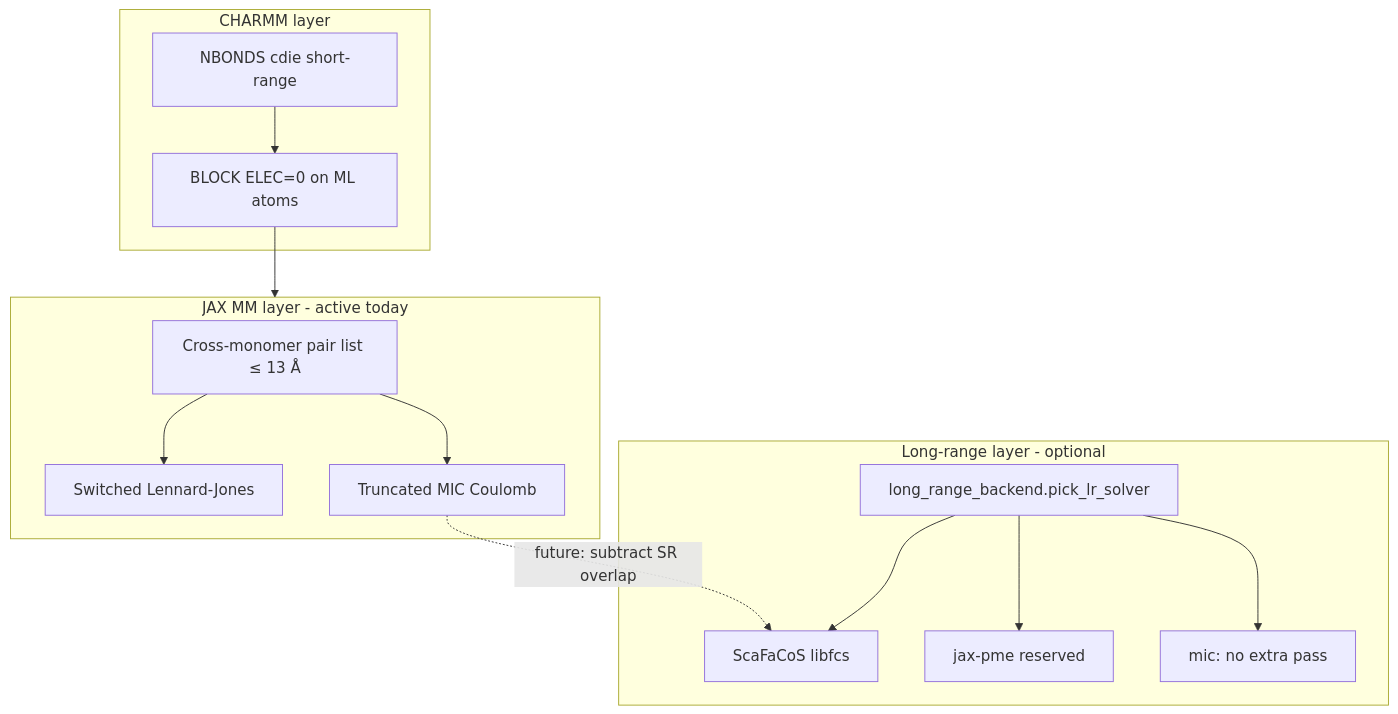
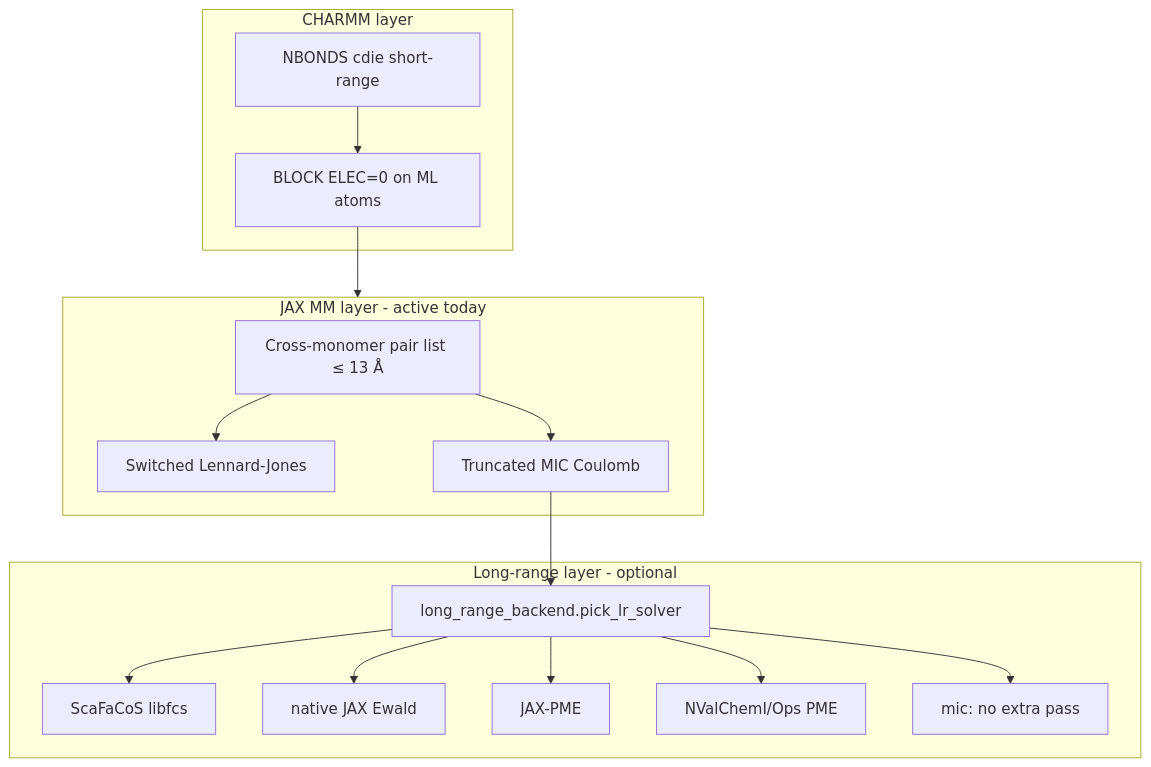
Before and after one commit to EricBoittier/mmml: the diagram in docs/mlpot-long-range-electrostatics.md, drawn with Mermaid. The commit also changed other lines of this file and 4 other files, not shown here.

````diff
--- a/docs/mlpot-long-range-electrostatics.md
+++ b/docs/mlpot-long-range-electrostatics.md
@@ -26,29 +29,33 @@
 ```mermaid
 flowchart TB
   subgraph charmm [CHARMM layer]
     NB[NBONDS cdie short-range]
     BLOCK[BLOCK ELEC=0 on ML atoms]
     NB --> BLOCK
   end
 
   subgraph jax [JAX MM layer - active today]
     PAIRS[Cross-monomer pair list ≤ 13 Å]
     LJ[Switched Lennard-Jones]
     MIC[Truncated MIC Coulomb]
     PAIRS --> LJ
     PAIRS --> MIC
   end
 
   subgraph lr [Long-range layer - optional]
     SEL[long_range_backend.pick_lr_solver]
     SCF[ScaFaCoS libfcs]
-    PME[jax-pme reserved]
+    EWL[native JAX Ewald]
+    PME[JAX-PME]
+    NVAL[NValChemI/Ops PME]
     MICONLY[mic: no extra pass]
     SEL --> SCF
+    SEL --> EWL
     SEL --> PME
+    SEL --> NVAL
     SEL --> MICONLY
   end
 
   BLOCK --> jax
-  MIC -.->|future: subtract SR overlap| SCF
+  MIC --> SEL
 ```
````
